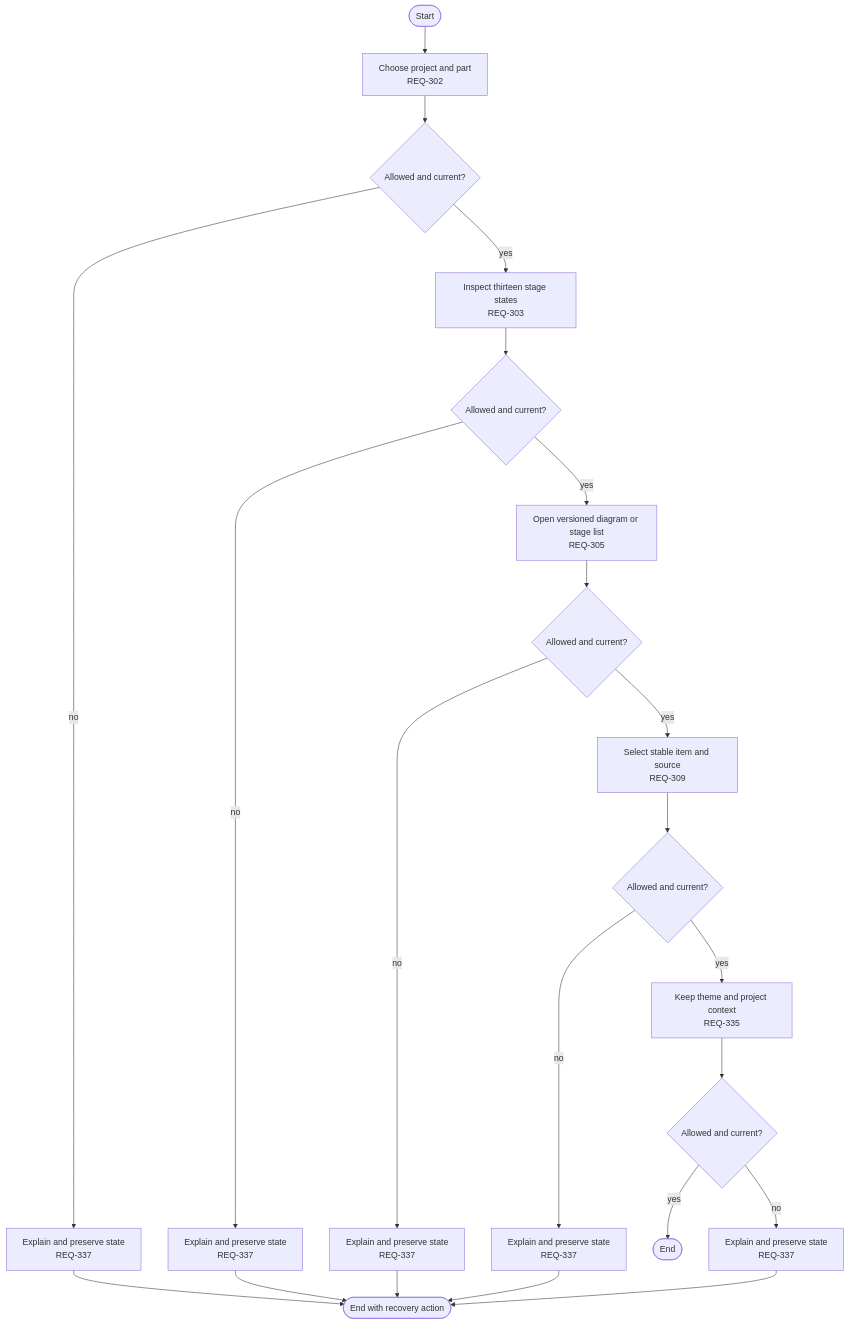
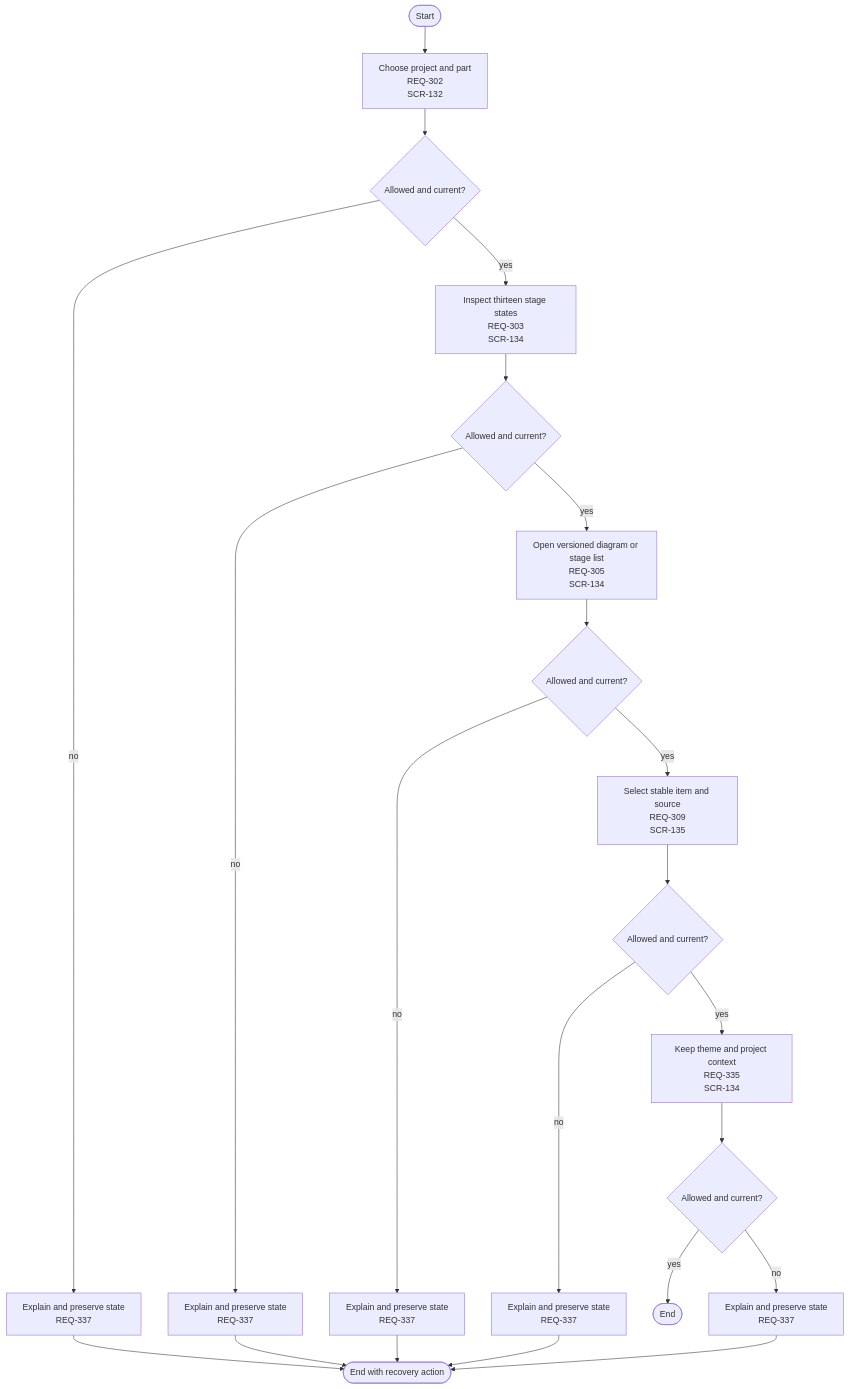
Before and after one commit to kodonghui/corthex-nexus: the diagram in docs/03-user-flow/rebuild/FL-130.ko.md, drawn with Mermaid. The commit also changed other lines of this file and 28 other files, not shown here.

Commit message:
Design rebuild navigation and link every visible flow step

````diff
--- a/docs/03-user-flow/rebuild/FL-130.ko.md
+++ b/docs/03-user-flow/rebuild/FL-130.ko.md
@@ -9,24 +11,24 @@
 ```mermaid
 flowchart TD
   Start([Start]) --> S0
-  S0["Choose project and part<br/>REQ-302"] --> D0{"Allowed and current?"}
+  S0["Choose project and part<br/>REQ-302<br/>SCR-132"] --> D0{"Allowed and current?"}
   D0 -- yes --> S1
   D0 -- no --> F0["Explain and preserve state<br/>REQ-337"]
   F0 --> Stop([End with recovery action])
-  S1["Inspect thirteen stage states<br/>REQ-303"] --> D1{"Allowed and current?"}
+  S1["Inspect thirteen stage states<br/>REQ-303<br/>SCR-134"] --> D1{"Allowed and current?"}
   D1 -- yes --> S2
   D1 -- no --> F1["Explain and preserve state<br/>REQ-337"]
   F1 --> Stop([End with recovery action])
-  S2["Open versioned diagram or stage list<br/>REQ-305"] --> D2{"Allowed and current?"}
+  S2["Open versioned diagram or stage list<br/>REQ-305<br/>SCR-134"] --> D2{"Allowed and current?"}
   D2 -- yes --> S3
   D2 -- no --> F2["Explain and preserve state<br/>REQ-337"]
   F2 --> Stop([End with recovery action])
-  S3["Select stable item and source<br/>REQ-309"] --> D3{"Allowed and current?"}
+  S3["Select stable item and source<br/>REQ-309<br/>SCR-135"] --> D3{"Allowed and current?"}
   D3 -- yes --> S4
   D3 -- no --> F3["Explain and preserve state<br/>REQ-337"]
   F3 --> Stop([End with recovery action])
-  S4["Keep theme and project context<br/>REQ-335"] --> D4{"Allowed and current?"}
+  S4["Keep theme and project context<br/>REQ-335<br/>SCR-134"] --> D4{"Allowed and current?"}
   D4 -- yes --> End([End])
   D4 -- no --> F4["Explain and preserve state<br/>REQ-337"]
   F4 --> Stop([End with recovery action])
 ```
````
